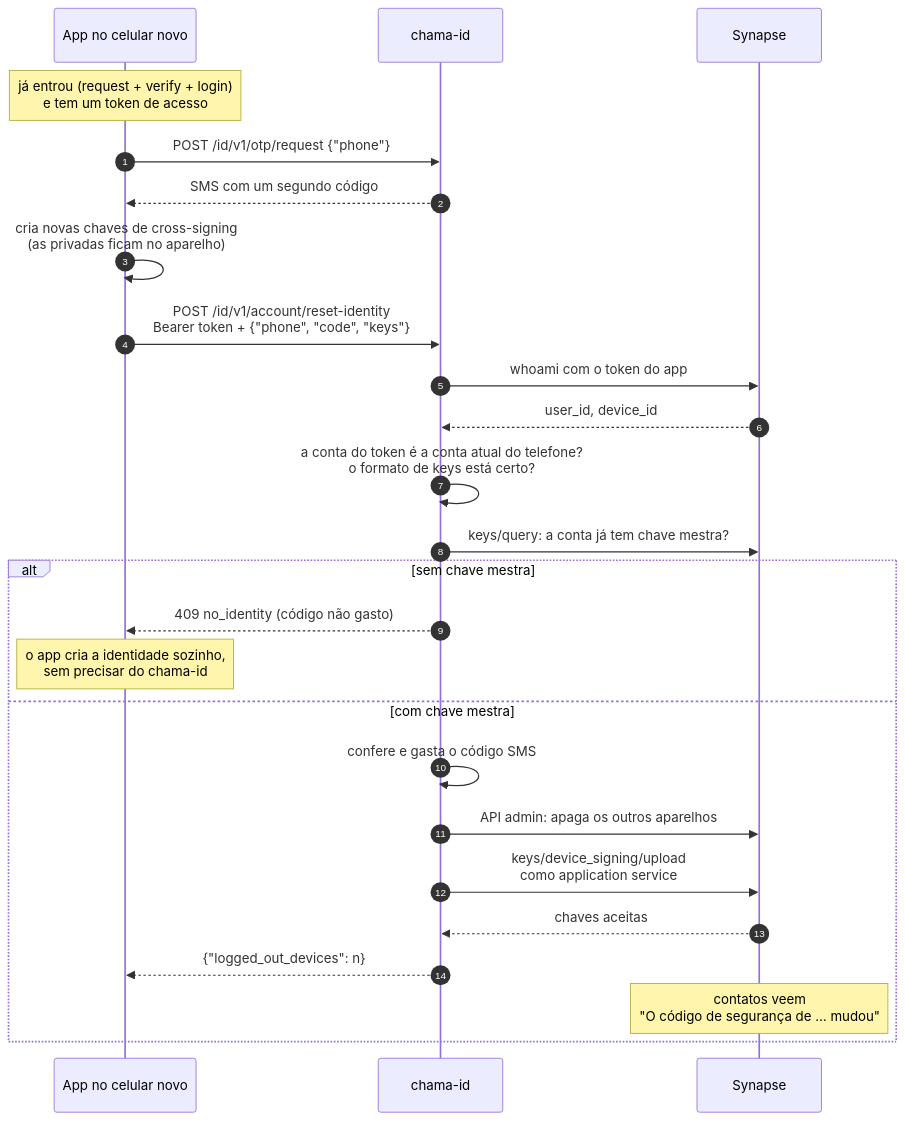
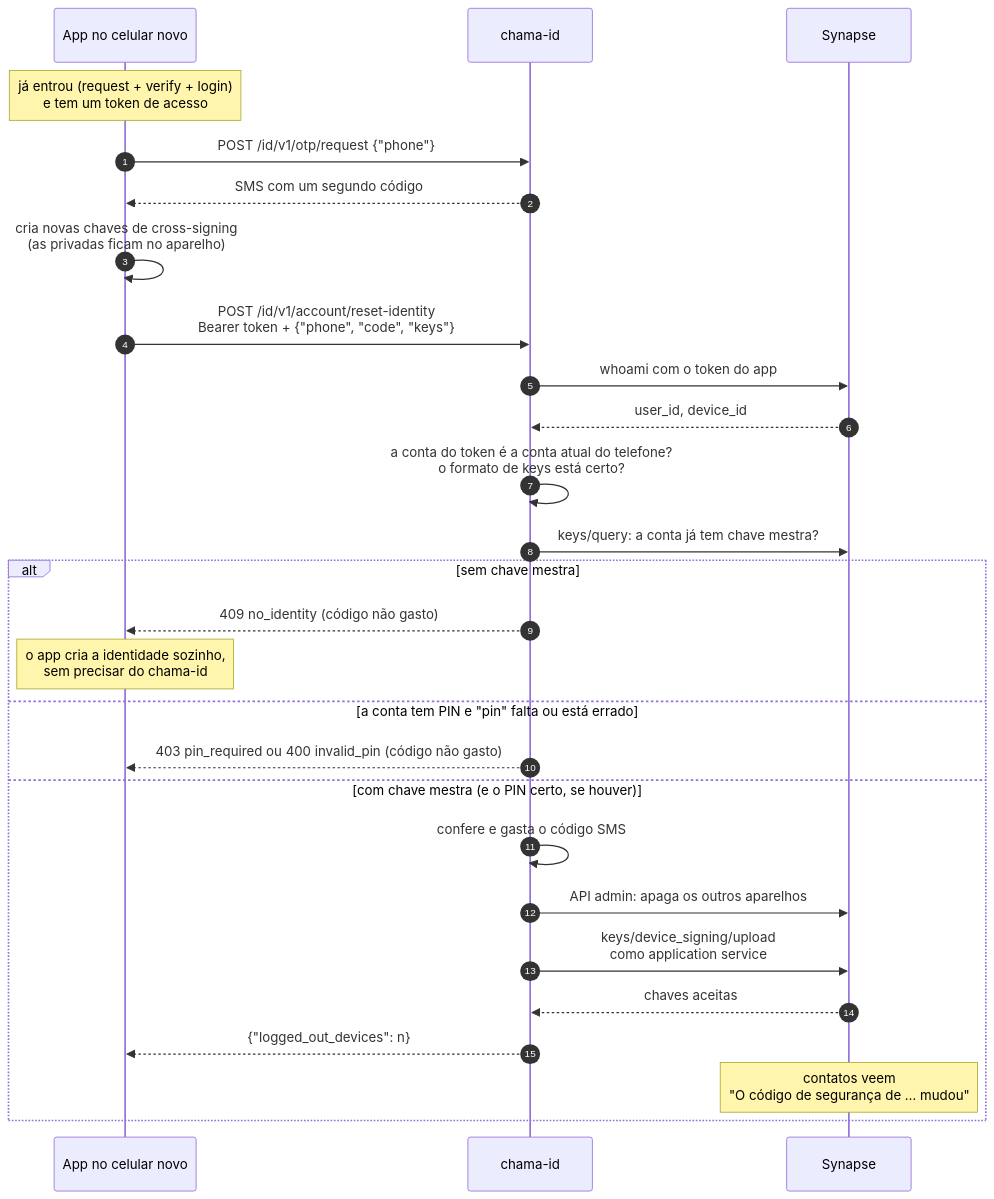
One commit to kaiomp/alo changed the second of 4 diagrams in docs/chama-id-api.md. Above: the diagram before and after it, drawn with Mermaid. The commit also changed other lines of this file and 10 other files, not shown here.

````diff
--- a/docs/chama-id-api.md
+++ b/docs/chama-id-api.md
@@ -167,27 +190,29 @@
 ```mermaid
 sequenceDiagram
     autonumber
     participant App as App no celular novo
     participant ID as chama-id
     participant S as Synapse
     Note over App: já entrou (request + verify + login)<br/>e tem um token de acesso
     App->>ID: POST /id/v1/otp/request {"phone"}
     ID-->>App: SMS com um segundo código
     App->>App: cria novas chaves de cross-signing<br/>(as privadas ficam no aparelho)
     App->>ID: POST /id/v1/account/reset-identity<br/>Bearer token + {"phone", "code", "keys"}
     ID->>S: whoami com o token do app
     S-->>ID: user_id, device_id
     ID->>ID: a conta do token é a conta atual do telefone?<br/>o formato de keys está certo?
     ID->>S: keys/query: a conta já tem chave mestra?
     alt sem chave mestra
         ID-->>App: 409 no_identity (código não gasto)
         Note over App: o app cria a identidade sozinho,<br/>sem precisar do chama-id
-    else com chave mestra
+    else a conta tem PIN e "pin" falta ou está errado
+        ID-->>App: 403 pin_required ou 400 invalid_pin (código não gasto)
+    else com chave mestra (e o PIN certo, se houver)
         ID->>ID: confere e gasta o código SMS
         ID->>S: API admin: apaga os outros aparelhos
         ID->>S: keys/device_signing/upload<br/>como application service
         S-->>ID: chaves aceitas
         ID-->>App: {"logged_out_devices": n}
         Note over S: contatos veem<br/>"O código de segurança de … mudou"
     end
 ```
````
